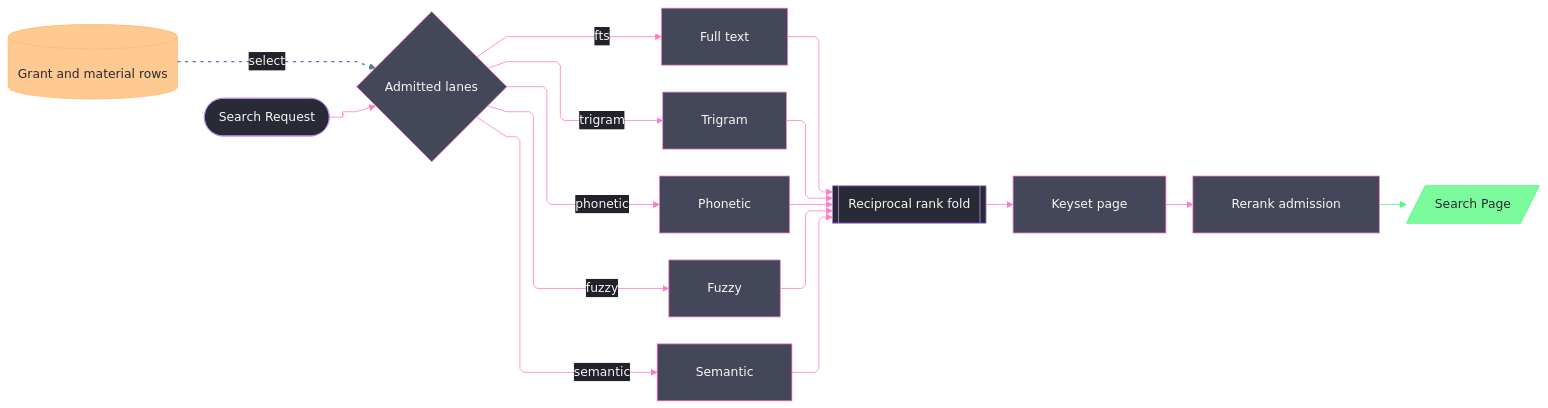
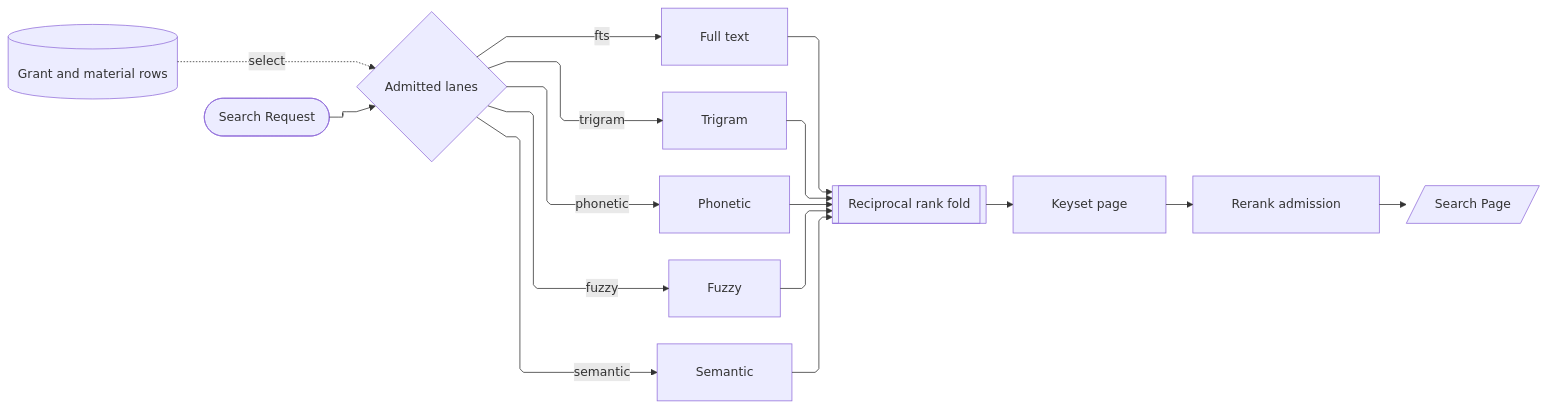
The diagram in libs/typescript/data/.planning/read/search.md (bsamiee/Rasm), drawn with Mermaid before and after one commit. The commit also changed other lines of this file and 324 other files, not shown here.

````diff
--- a/libs/typescript/data/.planning/read/search.md
+++ b/libs/typescript/data/.planning/read/search.md
@@ -445,53 +445,27 @@
 ```mermaid conceptual
 ---
 config:
-  theme: base
-  look: classic
   layout: elk
   flowchart:
     curve: linear
     padding: 25
-  themeVariables:
-    darkMode: true
-    fontFamily: "SF Mono, Menlo, Cascadia Mono, Segoe UI Mono, Consolas, monospace"
-    useGradient: false
-    dropShadow: "none"
-    background: "#282A36"
-    primaryColor: "#44475A"
-    primaryTextColor: "#F8F8F2"
-    primaryBorderColor: "#BD93F9"
-    lineColor: "#FF79C6"
-    textColor: "#F8F8F2"
-    edgeLabelBackground: "#21222C"
-    labelBackgroundColor: "#21222C"
-  themeCSS: ".nodeLabel{font-size:13px;font-weight:500}.edgeLabel{font-size:12px;font-weight:500}.cluster-label .nodeLabel{font-size:13.5px;font-weight:700;letter-spacing:.08em}.edge-thickness-normal{stroke-width:2px}.edge-thickness-thick{stroke-width:3px}.edge-pattern-dashed,.edge-pattern-dotted{stroke-width:1.5px;stroke-dasharray:4 6}.node rect,.node circle,.node polygon,.node path,.node .outer-path{stroke-width:1.5px;filter:none!important}.cluster rect{stroke-width:1px!important;stroke-dasharray:5 4!important;filter:none!important}.marker path{transform:scale(.8);transform-origin:5px 5px}.marker circle{transform:scale(.48);transform-origin:5px 5px}.edgeLabel rect{transform-box:fill-box;transform-origin:center;transform:scale(1.1,1.2)}"
 ---
 flowchart LR
   accTitle: Retrieval fusion rail
   accDescr: Request admission selects data-driven retrieval lanes, every lane rejoins one reciprocal-rank fold, and paging plus reranking yield one typed page.
   R([Search Request]) --> A{Admitted lanes}
   G[(Grant and material rows)] -.->|select| A
   A -->|fts| FTS[Full text]
   A -->|trigram| TRI[Trigram]
   A -->|phonetic| PHO[Phonetic]
   A -->|fuzzy| FUZ[Fuzzy]
   A -->|semantic| SEM[Semantic]
   FTS --> F[[Reciprocal rank fold]]
   TRI --> F
   PHO --> F
   FUZ --> F
   SEM --> F
   F --> K[Keyset page]
   K --> W[Rerank admission]
   W --> P[/Search Page/]
-  linkStyle 1 stroke:#6272A4,color:#F8F8F2,stroke-width:1.5px,stroke-dasharray:4 6
-  linkStyle 14 stroke:#50FA7B,color:#F8F8F2
-  classDef primary fill:#44475A,stroke:#FF79C6,color:#F8F8F2
-  classDef success fill:#50FA7BBF,stroke:#50FA7B,color:#282A36
-  classDef data fill:#FFB86CBF,stroke:#FFB86C,color:#282A36
-  classDef boundary fill:#282A36,stroke:#BD93F9,color:#F8F8F2
-  class A,FTS,TRI,PHO,FUZ,SEM,K,W primary
-  class P success
-  class G data
-  class R,F boundary
 ```
````
